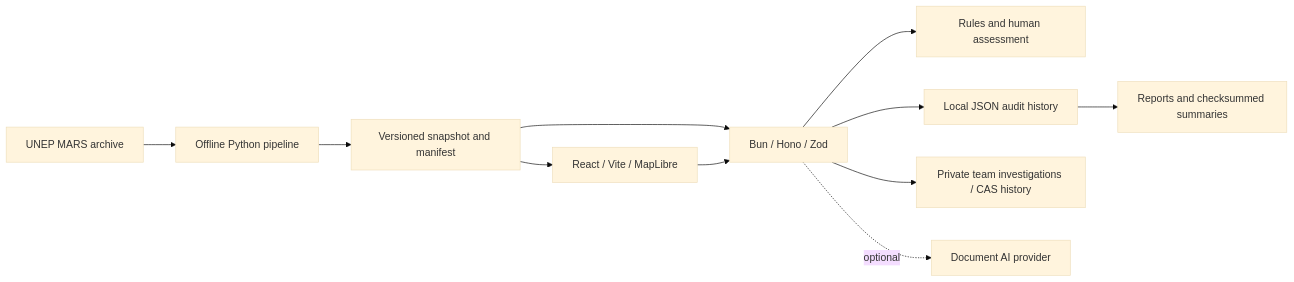
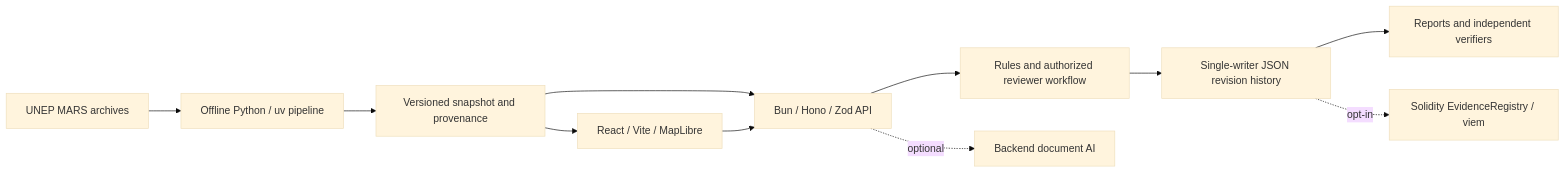
The second of 2 diagrams in README.md (AndroLay/MethaneResponse), drawn with Mermaid (base theme) before and after one commit. The commit also changed other lines of this file and 28 other files, not shown here.

````diff
--- a/README.md
+++ b/README.md
@@ -127,13 +200,13 @@
 ```mermaid
 flowchart LR
-  RAW[UNEP MARS archive] --> PIPE[Offline Python pipeline]
-  PIPE --> DATA[Versioned snapshot and manifest]
-  DATA --> WEB[React / Vite / MapLibre]
-  DATA --> API[Bun / Hono / Zod]
-  WEB --> API
-  API --> RULES[Rules and human assessment]
-  API --> STORE[Local JSON audit history]
-  API --> TEAM[Private team investigations / CAS history]
-  API -. optional .-> AI[Document AI provider]
-  STORE --> EXPORT[Reports and checksummed summaries]
+    M[UNEP MARS archives] --> P[Offline Python / uv pipeline]
+    P --> S[Versioned snapshot and provenance]
+    S --> W[React / Vite / MapLibre]
+    S --> A[Bun / Hono / Zod API]
+    W --> A
+    A --> R[Rules and authorized reviewer workflow]
+    A -. optional .-> AI[Backend document AI]
+    R --> J[Single-writer JSON revision history]
+    J --> E[Reports and independent verifiers]
+    J -. opt-in .-> C[Solidity EvidenceRegistry / viem]
 ```
````
